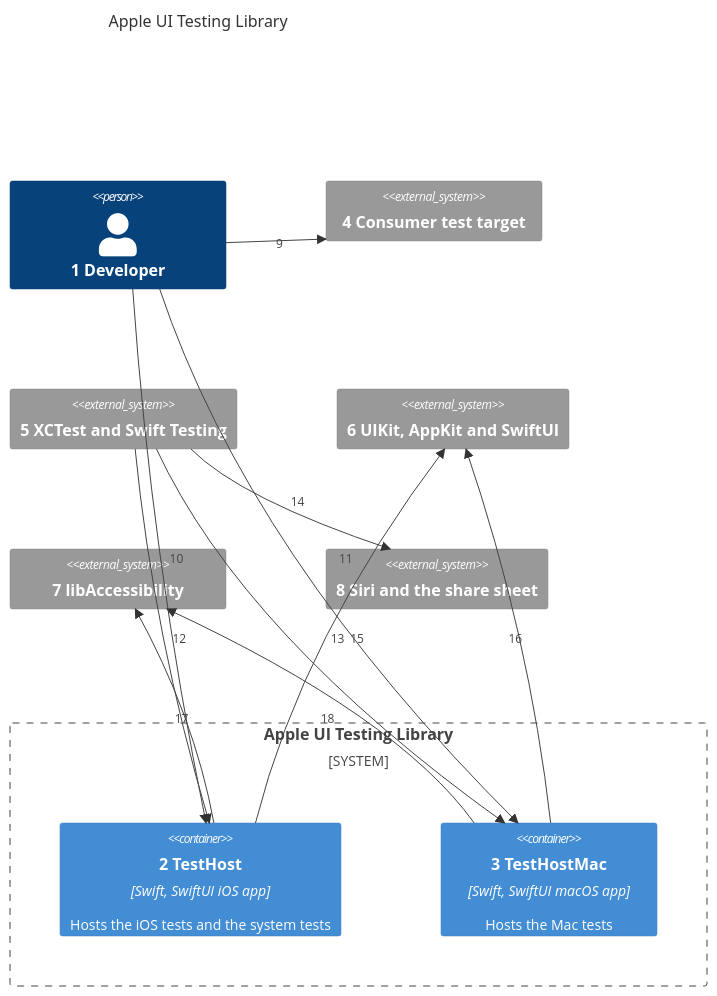
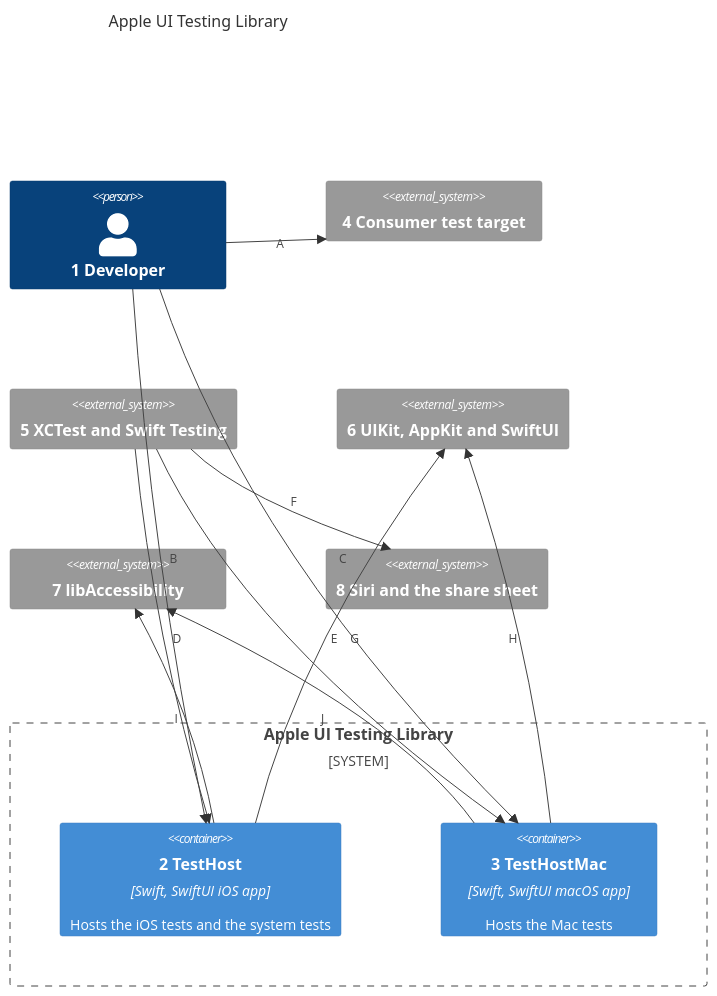
The first of 2 diagrams in docs/architecture/02-containers.md (may-journal/apple-ui-testing-library), drawn with Mermaid before and after one commit. The commit also changed other lines of this file and 4 other files, not shown here.

First line of the commit message:
docs(architecture): connector callouts are letters (#104)

````diff
--- a/docs/architecture/02-containers.md
+++ b/docs/architecture/02-containers.md
@@ -9,28 +9,28 @@
 ```mermaid
 C4Container
     title Apple UI Testing Library
 
     Person(dev, "1 Developer")
 
     System_Boundary(pkg, "Apple UI Testing Library") {
         Container(host, "2 TestHost", "Swift, SwiftUI iOS app", "Hosts the iOS tests and the system tests")
         Container(hostMac, "3 TestHostMac", "Swift, SwiftUI macOS app", "Hosts the Mac tests")
     }
 
     System_Ext(consumer, "4 Consumer test target")
     System_Ext(runner, "5 XCTest and Swift Testing")
     System_Ext(uikit, "6 UIKit, AppKit and SwiftUI")
     System_Ext(ax, "7 libAccessibility")
     System_Ext(system, "8 Siri and the share sheet")
 
-    Rel(dev, consumer, "9")
-    Rel(dev, host, "10")
-    Rel(dev, hostMac, "11")
-    Rel(runner, host, "12")
-    Rel(runner, hostMac, "13")
-    Rel(runner, system, "14")
-    Rel(host, uikit, "15")
-    Rel(hostMac, uikit, "16")
-    Rel(host, ax, "17")
-    Rel(hostMac, ax, "18")
+    Rel(dev, consumer, "A")
+    Rel(dev, host, "B")
+    Rel(dev, hostMac, "C")
+    Rel(runner, host, "D")
+    Rel(runner, hostMac, "E")
+    Rel(runner, system, "F")
+    Rel(host, uikit, "G")
+    Rel(hostMac, uikit, "H")
+    Rel(host, ax, "I")
+    Rel(hostMac, ax, "J")
 ```
````
